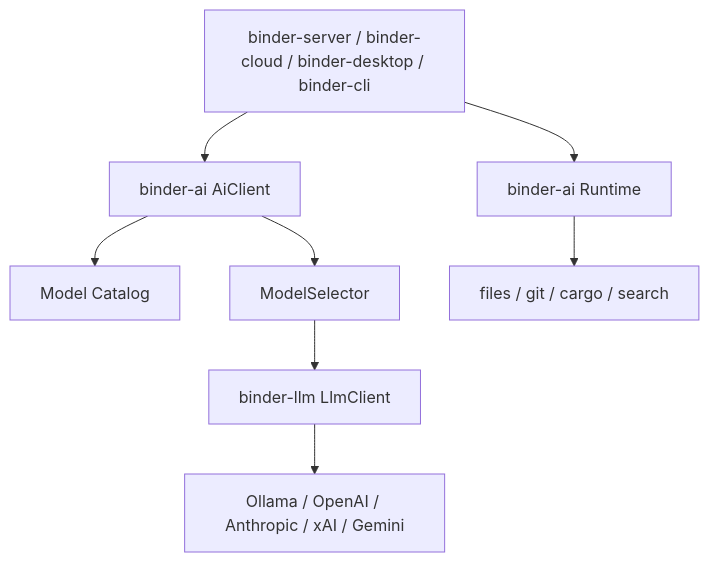
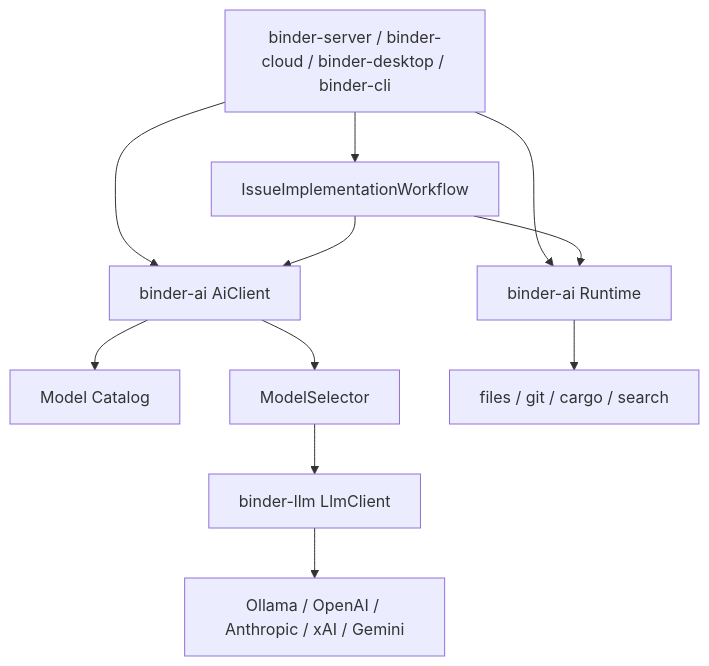
One commit to dpkimball/binder-ai changed the diagram in docs/as-built/architecture.md. Above: the diagram before and after it, drawn with Mermaid. The commit also changed other lines of this file and 17 other files, not shown here.

First line of the commit message:
Add IssueImplementationWorkflow on top of Runtime and AiClient.

````diff
--- a/docs/as-built/architecture.md
+++ b/docs/as-built/architecture.md
@@ -5,18 +5,22 @@
 ```mermaid
 flowchart TD
   apps["binder-server / binder-cloud / binder-desktop / binder-cli"]
   ai["binder-ai AiClient"]
   runtime["binder-ai Runtime"]
+  wf["IssueImplementationWorkflow"]
   catalog["Model Catalog"]
   selector["ModelSelector"]
   llm["binder-llm LlmClient"]
   providers["Ollama / OpenAI / Anthropic / xAI / Gemini"]
   env["files / git / cargo / search"]
   apps --> ai
   apps --> runtime
+  apps --> wf
+  wf --> ai
+  wf --> runtime
   ai --> catalog
   ai --> selector
   selector --> llm
   llm --> providers
   runtime --> env
 ```
````
